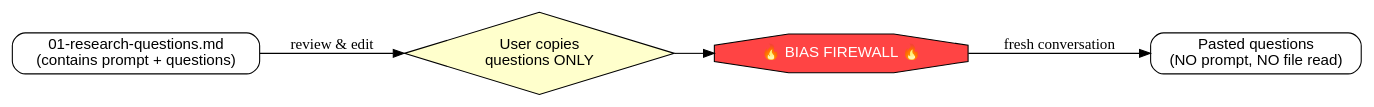
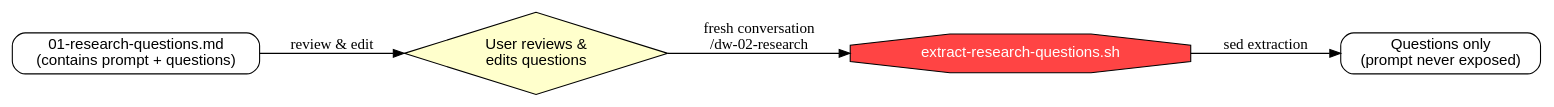
One commit to ronsanzone/claude-essentials changed the diagram in .claude/skills/dw-01-research-questions/SKILL.md. Above: the diagram before and after it, drawn with Graphviz. The commit also changed other lines of this file and 2 other files, not shown here.

Commit message:
Add script to extract research questions instead of relying on copy / paste.

````diff
--- a/.claude/skills/dw-01-research-questions/SKILL.md
+++ b/.claude/skills/dw-01-research-questions/SKILL.md
@@ -105,15 +105,15 @@
 ```dot
 digraph handoff {
     rankdir=LR;
     node [shape=box, style=rounded, fontname="Helvetica"];
 
     p1_out [label="01-research-questions.md\n(contains prompt + questions)"];
-    user [label="User copies\nquestions ONLY" shape=diamond style=filled fillcolor="#ffffcc"];
-    firewall [label="🔥 BIAS FIREWALL 🔥" shape=octagon style=filled fillcolor="#ff4444" fontcolor=white];
-    p2_in [label="Pasted questions\n(NO prompt, NO file read)"];
+    user [label="User reviews &\nedits questions" shape=diamond style=filled fillcolor="#ffffcc"];
+    script [label="extract-research-questions.sh" shape=octagon style=filled fillcolor="#ff4444" fontcolor=white];
+    p2_in [label="Questions only\n(prompt never exposed)"];
 
     p1_out -> user [label="review & edit"];
-    user -> firewall;
-    firewall -> p2_in [label="fresh conversation"];
+    user -> script [label="fresh conversation\n/dw-02-research"];
+    script -> p2_in [label="sed extraction"];
 }
 ```
````
